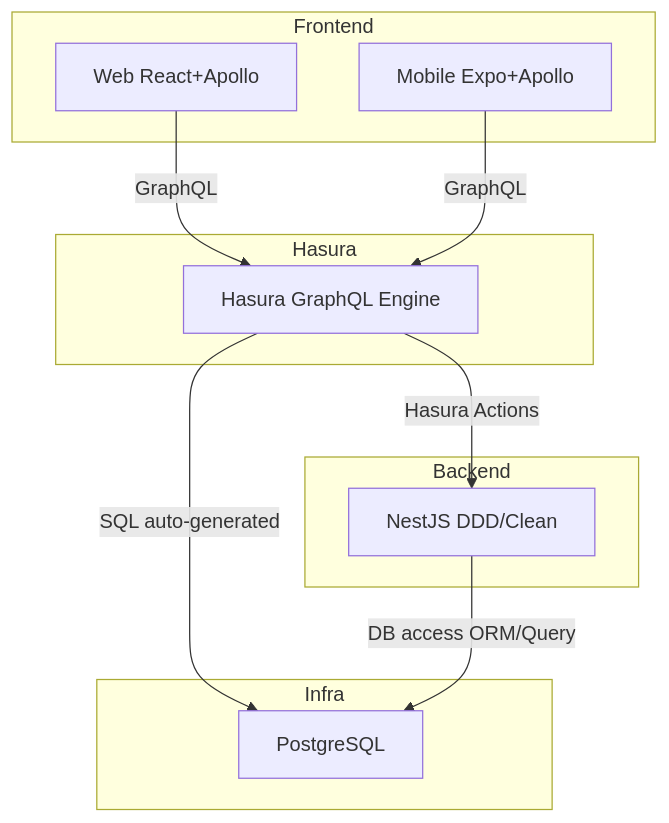
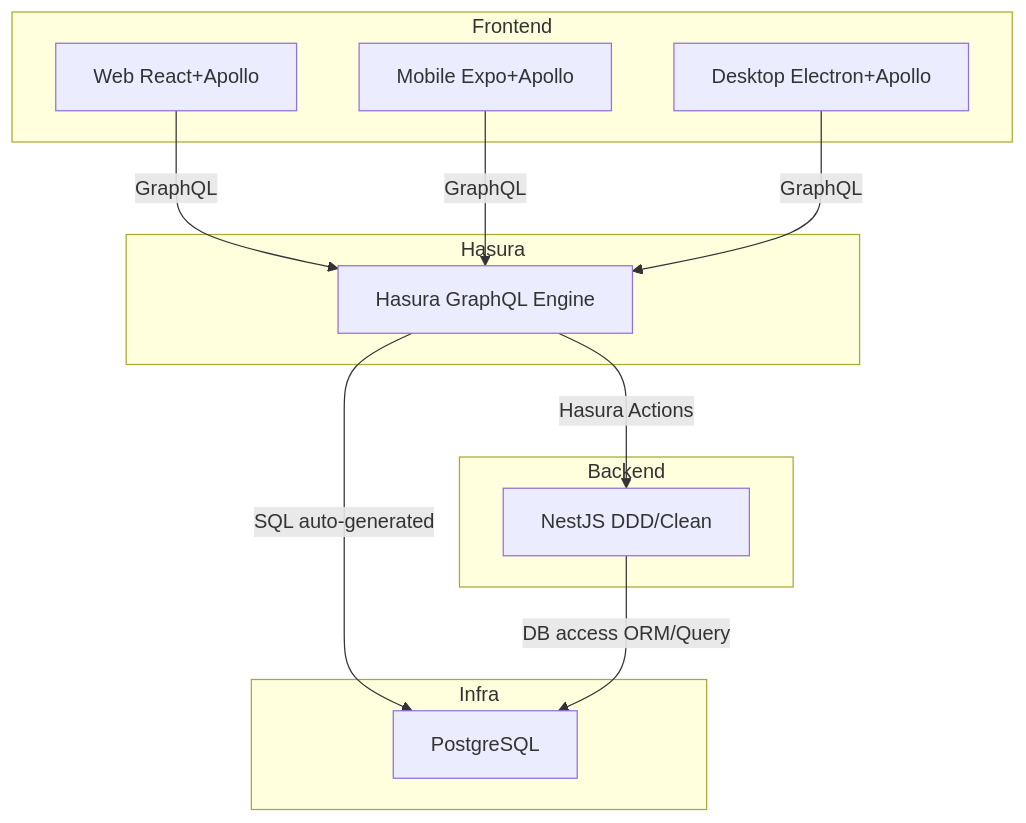
Before and after one commit to Hitamuki/study-web-modern-stack: the diagram in docs/context-map.md, drawn with Mermaid. The commit also changed 18 other files, not shown here.

````diff
--- a/docs/context-map.md
+++ b/docs/context-map.md
@@ -5,25 +5,27 @@
 ```mermaid
 flowchart TD
   subgraph Hasura
     H[Hasura GraphQL Engine]
   end
 
   subgraph Backend
     N[NestJS DDD/Clean]
   end
 
   subgraph Frontend
     W[Web React+Apollo]
     M[Mobile Expo+Apollo]
+    D[Desktop Electron+Apollo]
   end
 
   subgraph Infra
     P[PostgreSQL]
   end
 
   W -->|GraphQL| H
   M -->|GraphQL| H
+  D -->|GraphQL| H
   H -->|Hasura Actions| N
   H -->|SQL auto-generated| P
   N -->|DB access ORM/Query| P
 ```
````
